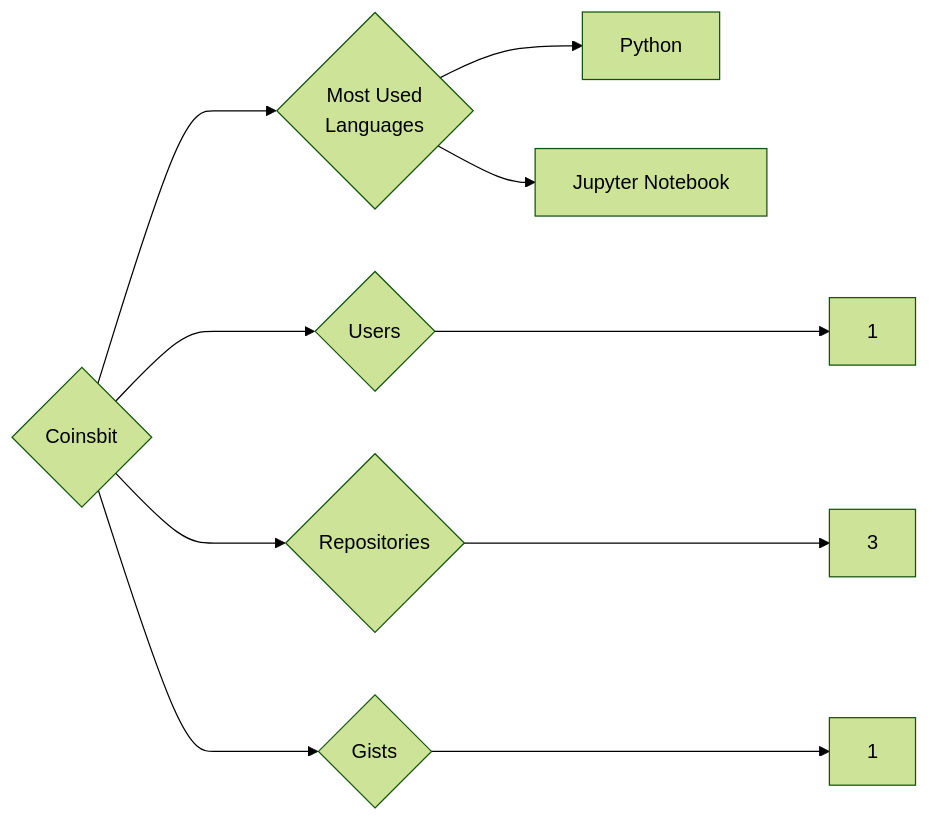
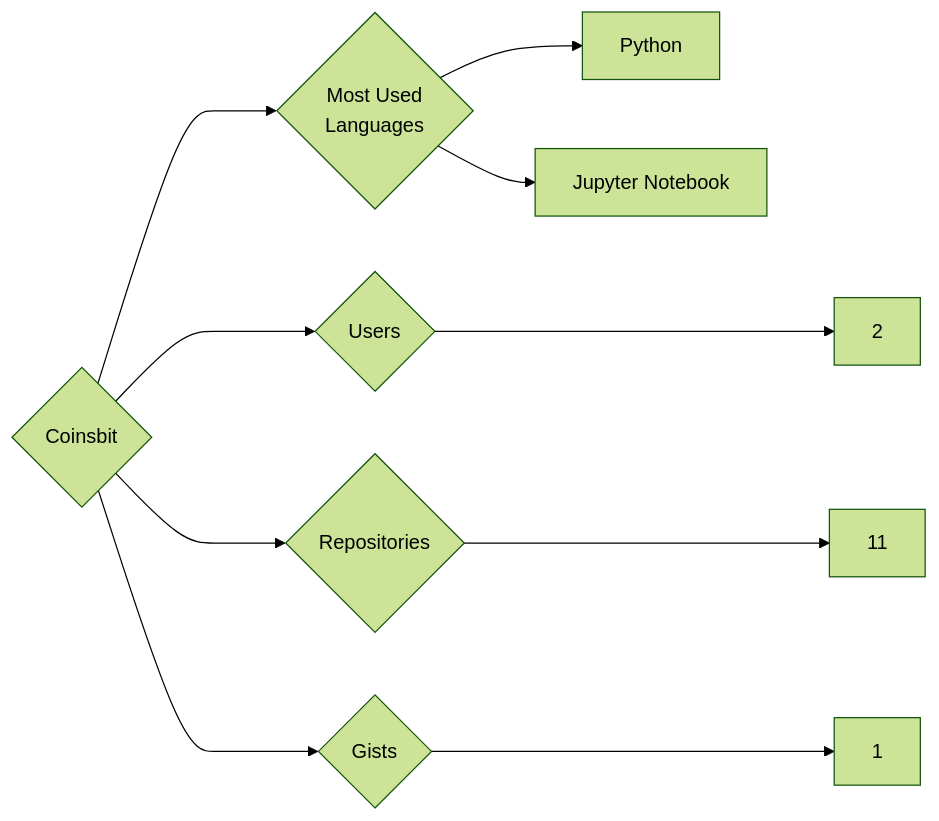
The diagram in targets/Coinsbit/README.md (trickest/insiders), drawn with Mermaid (forest theme) before and after one commit. The commit also changed 993 other files, not shown here.

````diff
--- a/targets/Coinsbit/README.md
+++ b/targets/Coinsbit/README.md
@@ -3,10 +3,10 @@
 ```mermaid
 graph LR
 COMPANY_NAME{Coinsbit}
-COMPANY_NAME ---> U{Users} ---> UN[1]
-COMPANY_NAME ---> R{Repositories} ---> RN[3]
+COMPANY_NAME ---> U{Users} ---> UN[2]
+COMPANY_NAME ---> R{Repositories} ---> RN[11]
 COMPANY_NAME ---> G{Gists} ---> GN[1]
 COMPANY_NAME ---> ML{Most Used<br>Languages}
 ML --> Python[Python]
 ML --> Jupyter_Notebook[Jupyter Notebook]
 ```
````
